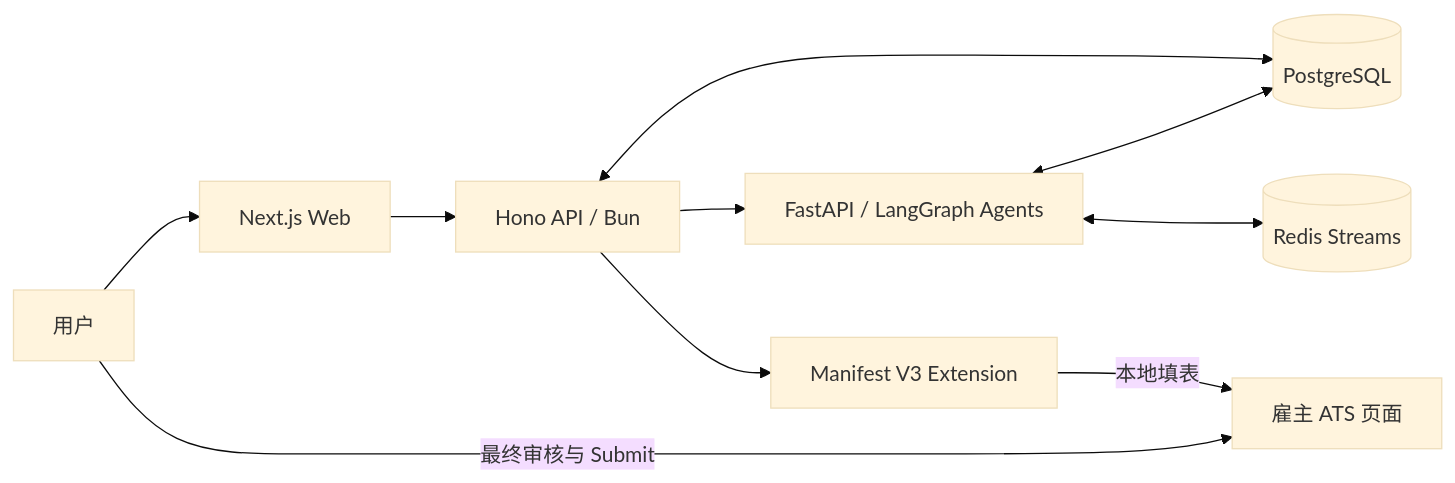
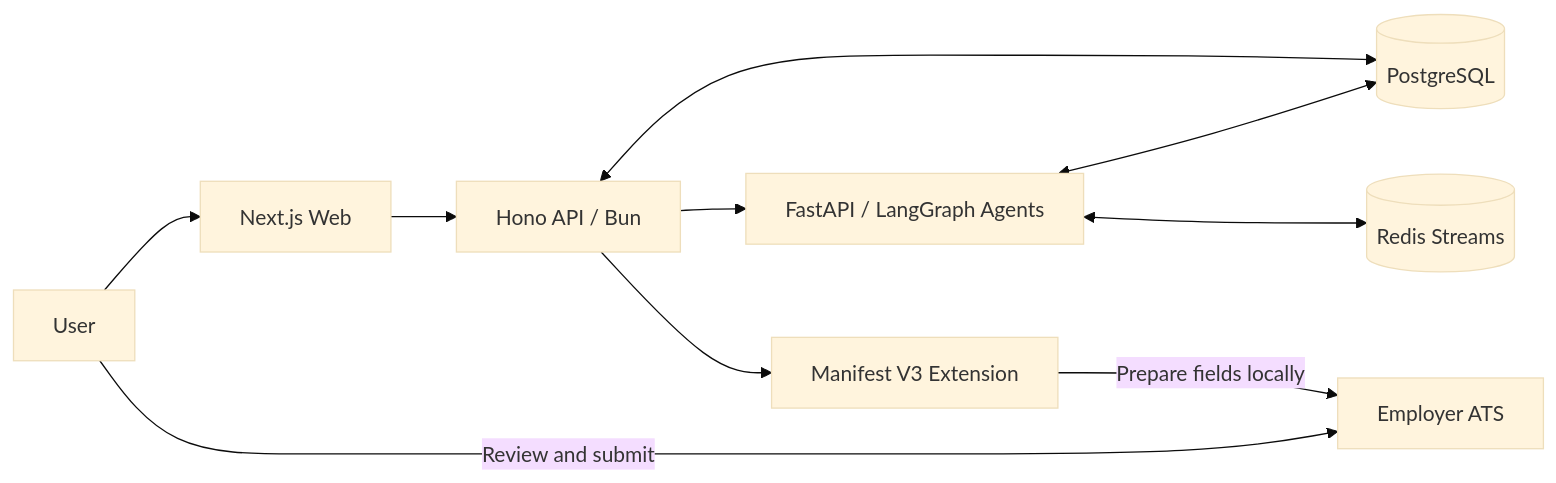
The diagram in README.md (getyak/apply-agent), drawn with Mermaid (base theme) before and after one commit. The commit also changed other lines of this file, not shown here.

````diff
--- a/README.md
+++ b/README.md
@@ -94,12 +94,12 @@
 ```mermaid
 flowchart LR
-    U[用户] --> W[Next.js Web]
+    U[User] --> W[Next.js Web]
     W --> A[Hono API / Bun]
     A --> G[FastAPI / LangGraph Agents]
     A <--> P[(PostgreSQL)]
     G <--> P
     G <--> R[(Redis Streams)]
     A --> X[Manifest V3 Extension]
-    X -->|本地填表| ATS[雇主 ATS 页面]
-    U -->|最终审核与 Submit| ATS
+    X -->|Prepare fields locally| ATS[Employer ATS]
+    U -->|Review and submit| ATS
 ```
````
